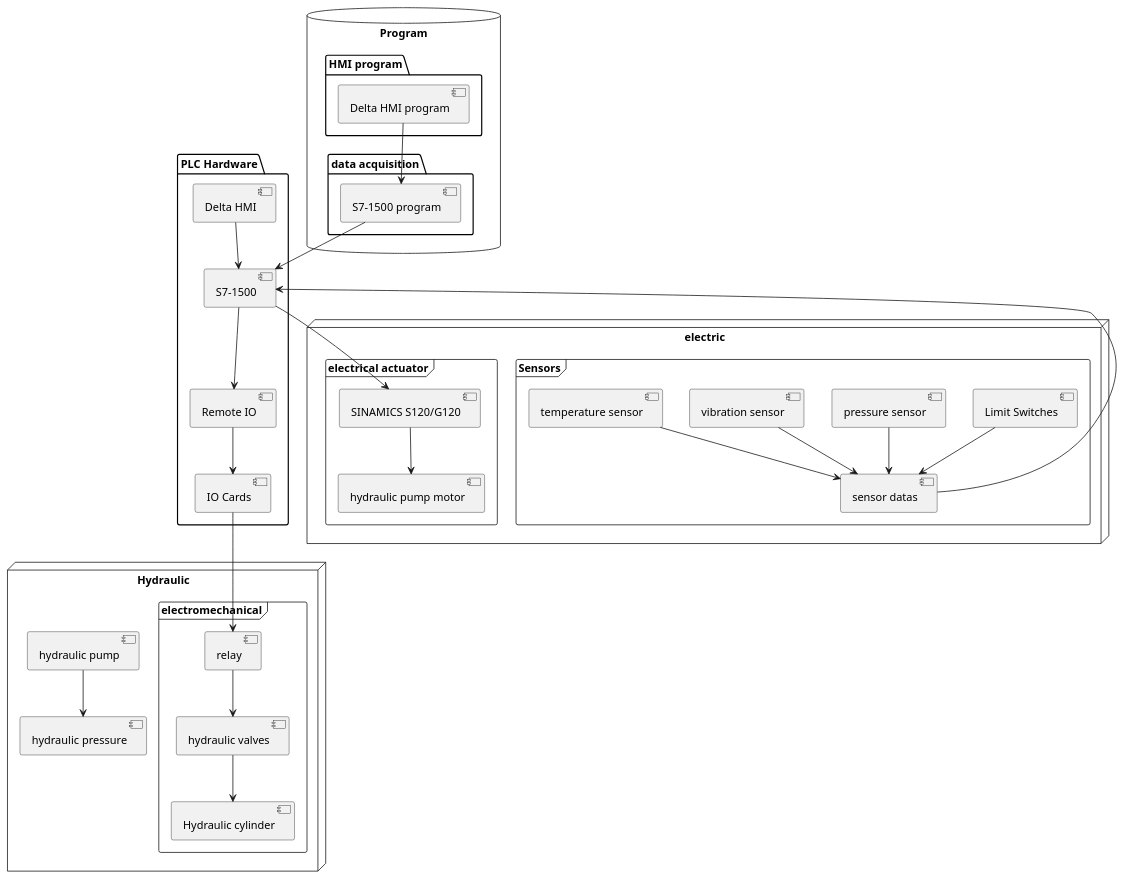
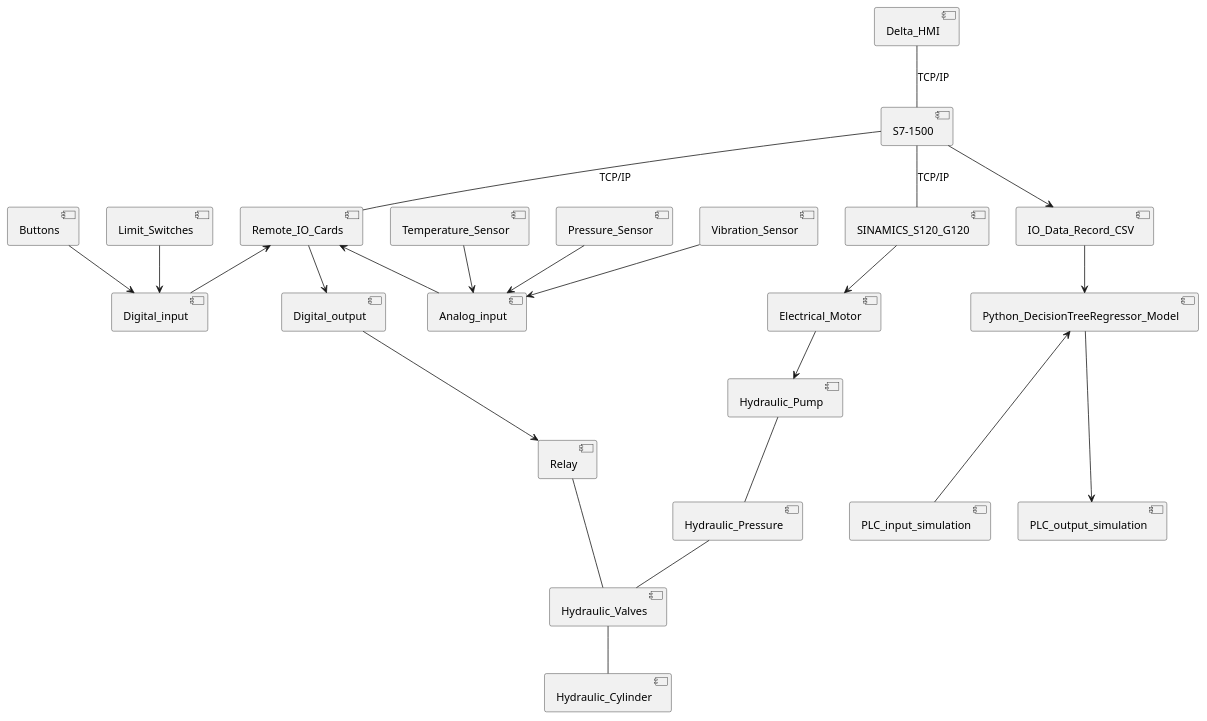
The diagram in umlDiagram.puml (mesleki2017/plc-laboratuvar), drawn with PlantUML before and after one commit.

```diff
--- a/umlDiagram.puml
+++ b/umlDiagram.puml
@@ -1,48 +1,45 @@
 @startuml
-package "PLC Hardware" {
- [S7-1500] --> [Remote IO] 
- [Delta HMI] --> [S7-1500]
- [Remote IO] --> [IO Cards]
+[S7-1500] 
+ [Delta_HMI] 
+ 
 
-}
-
-node "Hydraulic" {
-
-frame "electromechanical"{
-[relay]-->[hydraulic valves]
-[hydraulic valves]-->[Hydraulic cylinder]
-}
-
-[hydraulic pump] -->[hydraulic pressure]
-}
-
-node "electric"{
- frame "Sensors"{
-[Limit Switches] --> [sensor datas]
-[pressure sensor]--> [sensor datas]
-[vibration sensor]--> [sensor datas]
-[temperature sensor]--> [sensor datas]
-}
- frame "electrical actuator"{
-  [S7-1500]-->[SINAMICS S120/G120]
-  [SINAMICS S120/G120]-->[hydraulic pump motor]
-  
-  [IO Cards]-->[relay]
-
-  
- }
-}
+[Remote_IO_Cards]<--[Digital_input]
+[Remote_IO_Cards]<--[Analog_input]
+[Remote_IO_Cards]-->[Digital_output]
+[Digital_output]-->[Relay]
+[Buttons]--> [Digital_input]
 
 
 
 
-database "Program" {
-  folder "data acquisition" {
-   [sensor datas] -->[S7-1500]
-   [S7-1500 program]-->[S7-1500]
-  }
-  folder "HMI program" {
-    [Delta HMI program] -->[S7-1500 program]
-  }
-}
+[Hydraulic_Cylinder]
+[Hydraulic_Pump] 
+[Hydraulic_Pressure]
+[SINAMICS_S120_G120]-->[Electrical_Motor]
+[Electrical_Motor]-->[Hydraulic_Pump]
+[Hydraulic_Pump]-- [Hydraulic_Pressure]
+[Relay]--[Hydraulic_Valves]
+[Hydraulic_Valves]--[Hydraulic_Cylinder]
+[Hydraulic_Pressure]--[Hydraulic_Valves]
+
+[Limit_Switches] --> [Digital_input]
+[Pressure_Sensor] --> [Analog_input]
+[Vibration_Sensor] --> [Analog_input]
+[Temperature_Sensor]--> [Analog_input]
+
+
+
+[SINAMICS_S120_G120]
+[Relay]
+
+
+
+
+[Delta_HMI] --  [S7-1500] :TCP/IP
+[S7-1500]--[Remote_IO_Cards]:TCP/IP
+[S7-1500]--[SINAMICS_S120_G120]:TCP/IP
+[S7-1500]-->[IO_Data_Record_CSV]
+[IO_Data_Record_CSV]-->[Python_DecisionTreeRegressor_Model]
+[Python_DecisionTreeRegressor_Model]<---[PLC_input_simulation]
+[Python_DecisionTreeRegressor_Model]--->[PLC_output_simulation]
 @enduml
```
